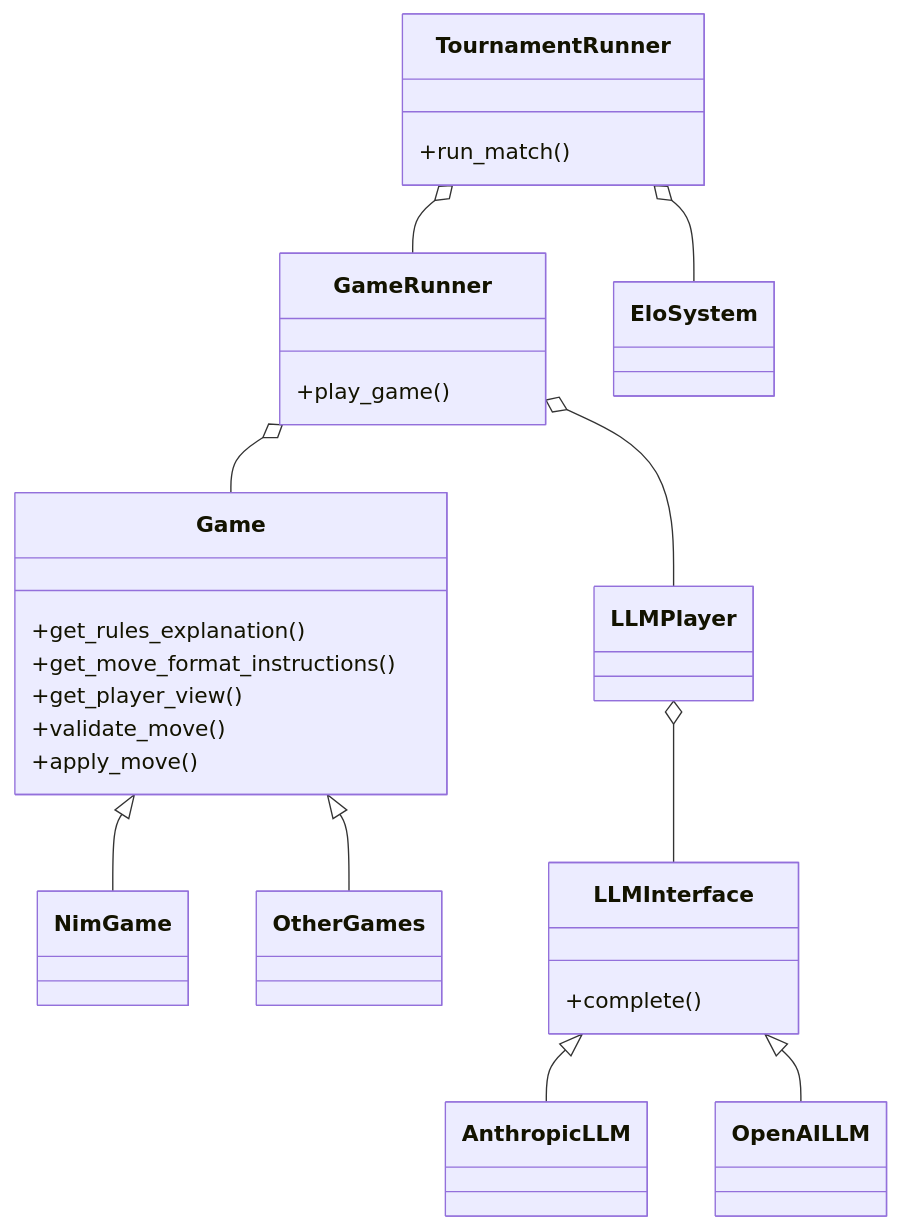
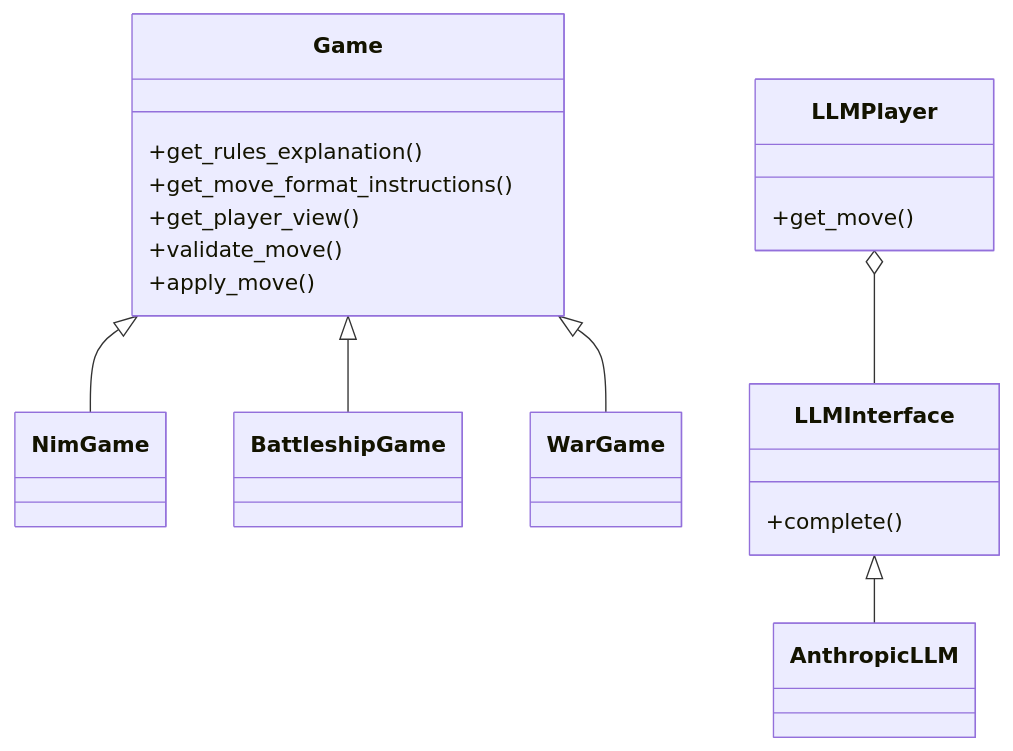
The diagram in DESIGN.md (BJTerry/BoardGameBench), drawn with Mermaid before and after one commit. The commit also changed other lines of this file, not shown here.

Commit message:
refactor: Update DESIGN.md to align with current game and LLM implementations

````diff
--- a/DESIGN.md
+++ b/DESIGN.md
@@ -60,32 +53,24 @@
 ```mermaid
 classDiagram
     Game <|-- NimGame
-    Game <|-- OtherGames
+    Game <|-- BattleshipGame
+    Game <|-- WarGame
     LLMInterface <|-- AnthropicLLM
-    LLMInterface <|-- OpenAILLM
-    GameRunner o-- Game
-    GameRunner o-- LLMPlayer
     LLMPlayer o-- LLMInterface
-    TournamentRunner o-- GameRunner
-    TournamentRunner o-- EloSystem
 
     class Game {
         +get_rules_explanation()
         +get_move_format_instructions()
         +get_player_view()
         +validate_move()
         +apply_move()
     }
 
     class LLMInterface {
         +complete()
     }
 
-    class GameRunner {
-        +play_game()
-    }
-
-    class TournamentRunner {
-        +run_match()
+    class LLMPlayer {
+        +get_move()
     }
 ```
````
